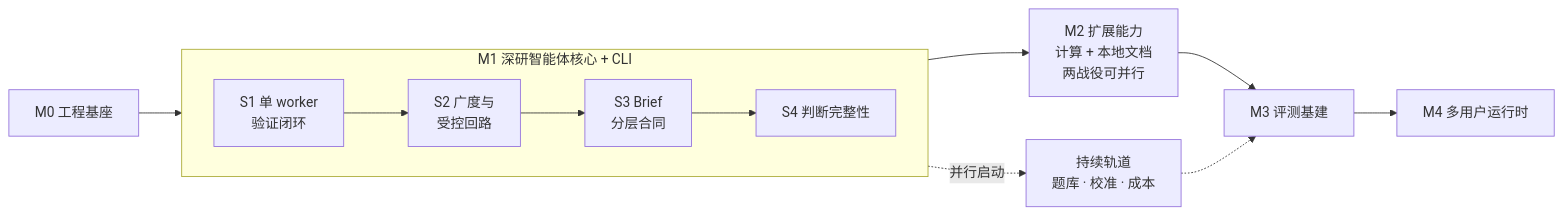
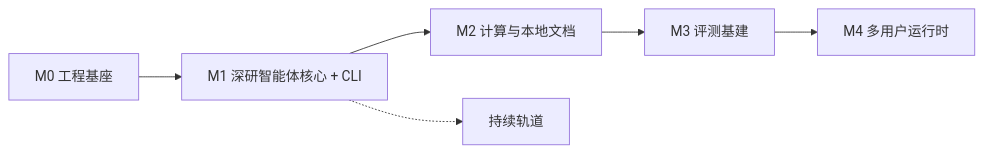
The first of 2 diagrams in docs/implementations/roadmap.md (ecaps7/Prospector), drawn with Mermaid before and after one commit. The commit also changed other lines of this file and 45 other files, not shown here.

````diff
--- a/docs/implementations/roadmap.md
+++ b/docs/implementations/roadmap.md
@@ -26,15 +24,8 @@
 ```mermaid
 flowchart LR
-    M0[M0 工程基座] --> M1
-    subgraph M1 [M1 深研智能体核心 + CLI]
-        direction LR
-        S1[S1 单 worker<br/>验证闭环] --> S2[S2 广度与<br/>受控回路]
-        S2 --> S3[S3 Brief<br/>分层合同]
-        S3 --> S4[S4 判断完整性]
-    end
-    M1 --> M2[M2 扩展能力<br/>计算 + 本地文档<br/>两战役可并行]
-    M2 --> M3[M3 评测基建]
-    M3 --> M4[M4 多用户运行时]
-    S4 -. 并行启动 .-> CT[持续轨道<br/>题库 · 校准 · 成本]
-    CT -.-> M3
+    M0["M0 工程基座"] --> M1["M1 深研智能体核心 + CLI"]
+    M1 --> M2["M2 计算与本地文档"]
+    M2 --> M3["M3 评测基建"]
+    M3 --> M4["M4 多用户运行时"]
+    M1 -.-> CT["持续轨道"]
 ```
````
